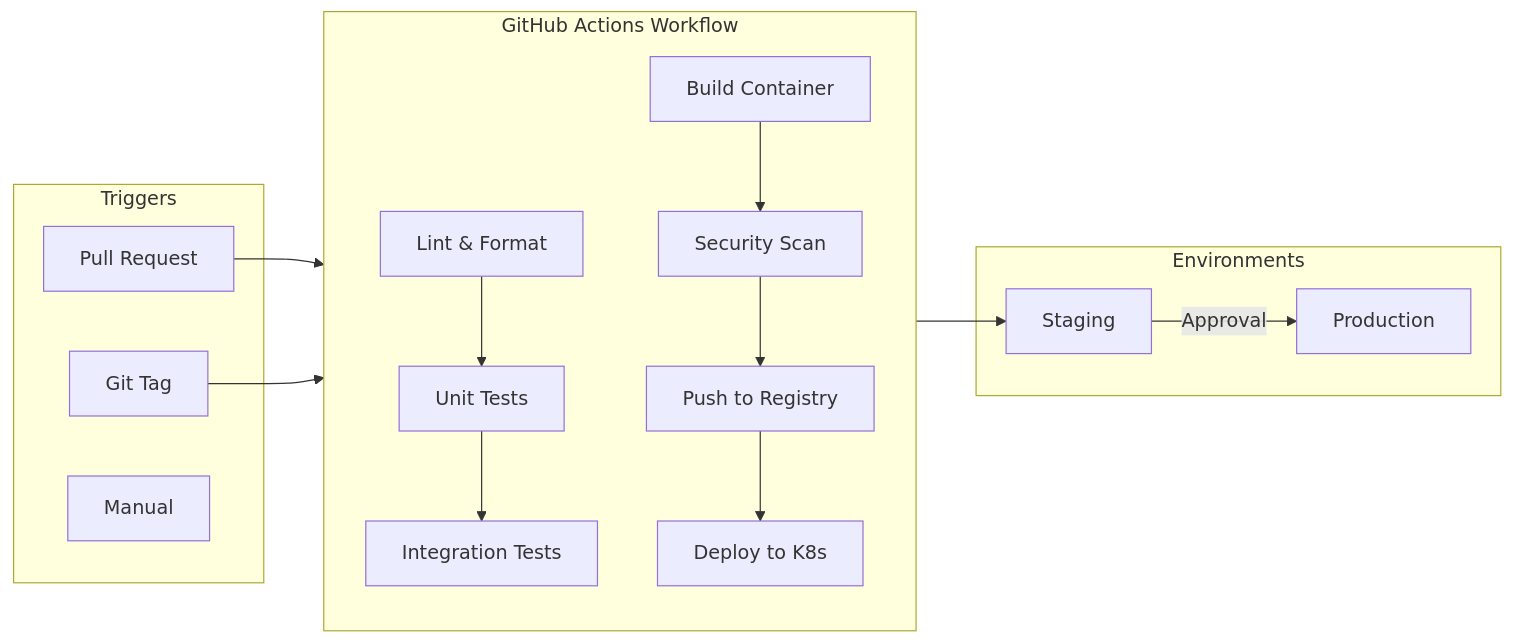
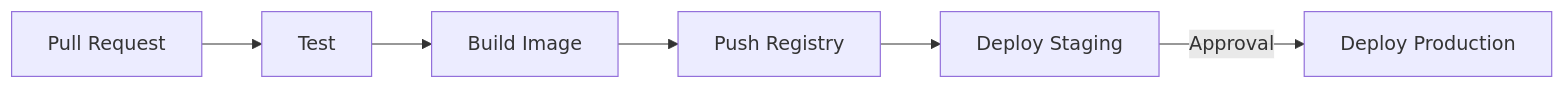
The second of 2 diagrams in README.md (VineethKumar7/ml-pipeline), drawn with Mermaid before and after one commit. The commit also changed other lines of this file, not shown here.

````diff
--- a/README.md
+++ b/README.md
@@ -228,30 +147,8 @@
 ```mermaid
 flowchart LR
-    subgraph Trigger["Triggers"]
-        PR[Pull Request]
-        TAG[Git Tag]
-        MAN[Manual]
-    end
-
-    subgraph Pipeline["GitHub Actions Workflow"]
-        direction TB
-        LINT[Lint & Format]
-        UNIT[Unit Tests]
-        INT[Integration Tests]
-        BUILD[Build Container]
-        SCAN[Security Scan]
-        PUSH[Push to Registry]
-        DEPLOY[Deploy to K8s]
-    end
-
-    subgraph Environments["Environments"]
-        STG[Staging]
-        PROD[Production]
-    end
-
-    PR --> LINT --> UNIT --> INT
-    TAG --> BUILD --> SCAN --> PUSH
-    PUSH --> DEPLOY
-    DEPLOY --> STG
-    STG -->|Approval| PROD
+    PR[Pull Request] --> TEST[Test]
+    TEST --> BUILD[Build Image]
+    BUILD --> PUSH[Push Registry]
+    PUSH --> STG[Deploy Staging]
+    STG -->|Approval| PROD[Deploy Production]
 ```
````
